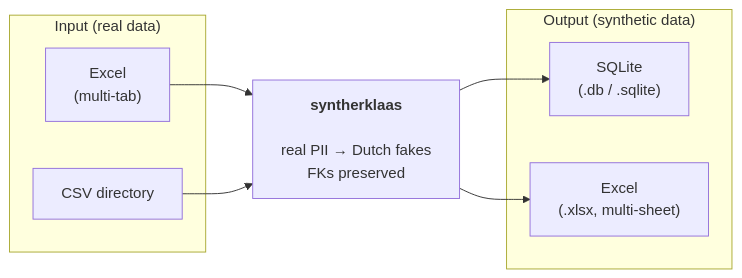
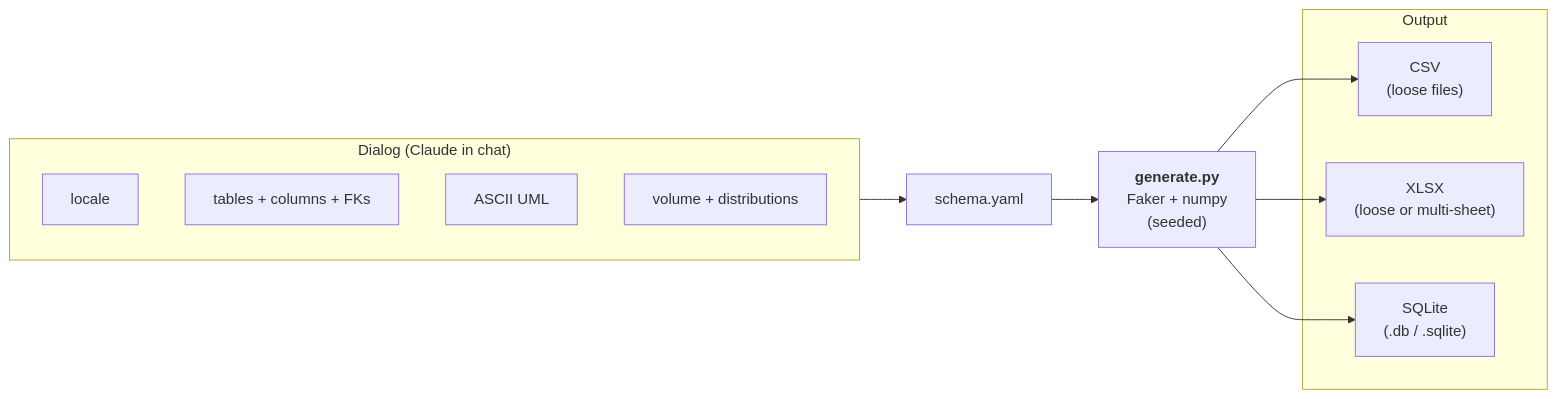
The diagram in README.md (baswenneker/syntherklaas), drawn with Mermaid before and after one commit. The commit also changed other lines of this file and 38 other files, not shown here.

````diff
--- a/README.md
+++ b/README.md
@@ -14,19 +14,23 @@
 ```mermaid
 flowchart LR
-    subgraph Input["Input (real data)"]
-        I1["Excel<br/>(multi-tab)"]
-        I2["CSV directory"]
+    subgraph dialog["Dialog (Claude in chat)"]
+        P0["locale"]
+        P1["tables + columns + FKs"]
+        P2["ASCII UML"]
+        P3["volume + distributions"]
+    end
+    Y["schema.yaml"]
+    G["<b>generate.py</b><br/>Faker + numpy<br/>(seeded)"]
+
+    subgraph out["Output"]
+        O1["CSV<br/>(loose files)"]
+        O2["XLSX<br/>(loose or multi-sheet)"]
+        O3["SQLite<br/>(.db / .sqlite)"]
     end
 
-    P["<b>syntherklaas</b><br/><br/>real PII → Dutch fakes<br/>FKs preserved"]
-
-    subgraph Output["Output (synthetic data)"]
-        O1["SQLite<br/>(.db / .sqlite)"]
-        O2["Excel<br/>(.xlsx, multi-sheet)"]
-    end
-
-    I1 --> P
-    I2 --> P
-    P --> O1
-    P --> O2
+    dialog --> Y
+    Y --> G
+    G --> O1
+    G --> O2
+    G --> O3
 ```
````
